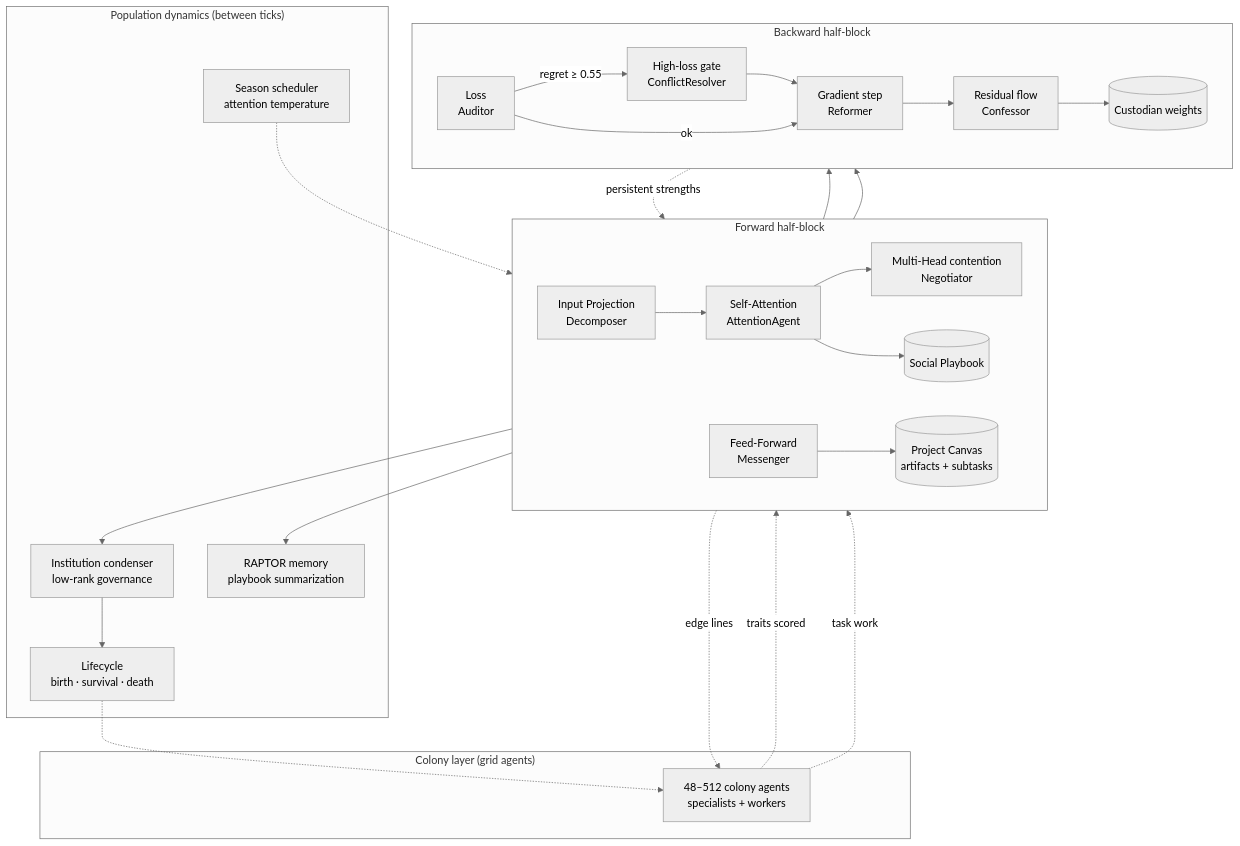
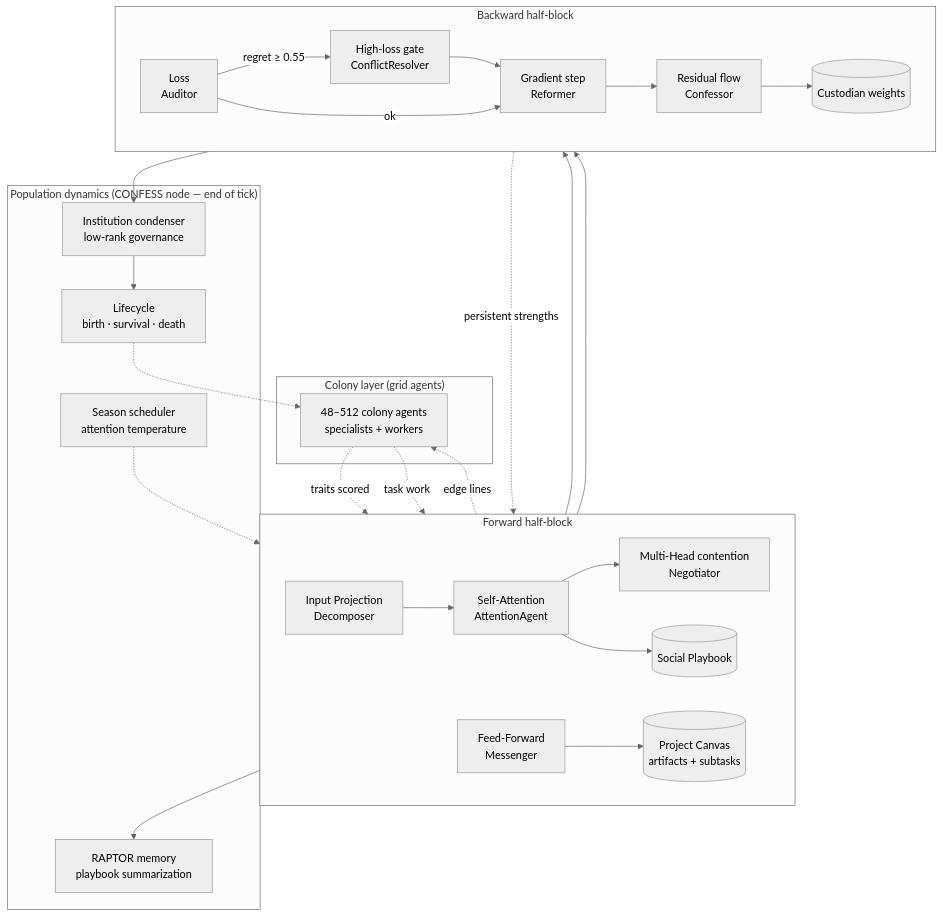
Before and after one commit to iblameandrew/sonar: the third of 4 diagrams in README.md, drawn with Mermaid (neutral theme). The commit also changed other lines of this file, not shown here.

````diff
--- a/README.md
+++ b/README.md
@@ -171,48 +171,49 @@
 ```mermaid
 flowchart TB
     subgraph colony["Colony layer (grid agents)"]
         GA["48–512 colony agents<br/>specialists + workers"]
     end
 
     subgraph forward["Forward half-block"]
         direction LR
         IP["Input Projection<br/>Decomposer"]
         SA["Self-Attention<br/>AttentionAgent"]
         MH["Multi-Head contention<br/>Negotiator"]
         FF["Feed-Forward<br/>Messenger"]
         IP --> SA --> MH
         SA --> PLAY[(Social Playbook)]
         FF --> CANVAS[(Project Canvas<br/>artifacts + subtasks)]
     end
 
     subgraph backward["Backward half-block"]
         direction LR
         LOSS["Loss<br/>Auditor"]
         INTV["High-loss gate<br/>ConflictResolver"]
         GRAD["Gradient step<br/>Reformer"]
         RES["Residual flow<br/>Confessor"]
         LOSS -->|regret ≥ 0.55| INTV --> GRAD
         LOSS -->|ok| GRAD
         GRAD --> RES
         RES --> CUST[(Custodian weights)]
     end
 
     GA -.->|traits scored| SA
     GA -.->|task work| FF
     PLAY -.->|edge lines| GA
     CUST -.->|persistent strengths| SA
     CANVAS --> LOSS
     PLAY --> RES
 
-    subgraph pop["Population dynamics (between ticks)"]
+    subgraph pop["Population dynamics (CONFESS node — end of tick)"]
         INST["Institution condenser<br/>low-rank governance"]
         LIFE["Lifecycle<br/>birth · survival · death"]
         SEA["Season scheduler<br/>attention temperature"]
         RAP["RAPTOR memory<br/>playbook summarization"]
     end
 
-    PLAY --> INST --> LIFE
+    RES --> INST
+    INST --> LIFE
     SEA -.-> SA
     PLAY --> RAP
     LIFE -.-> GA
 ```
````
